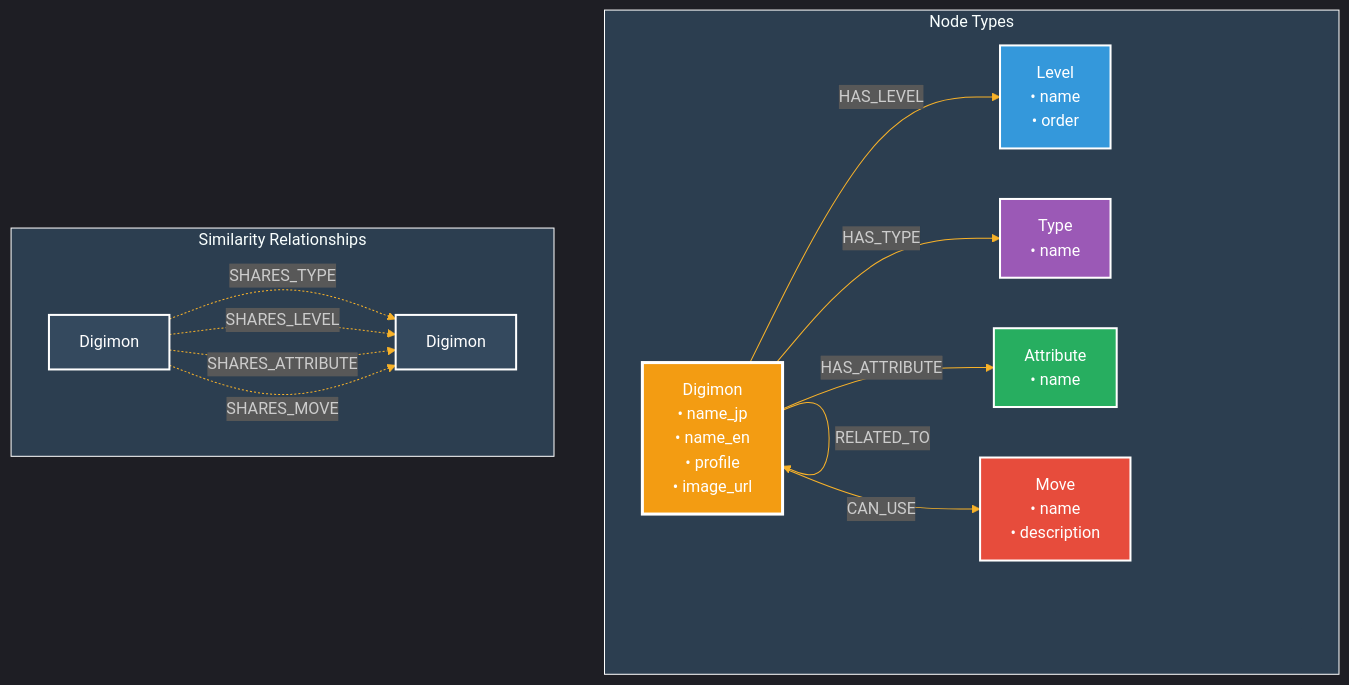
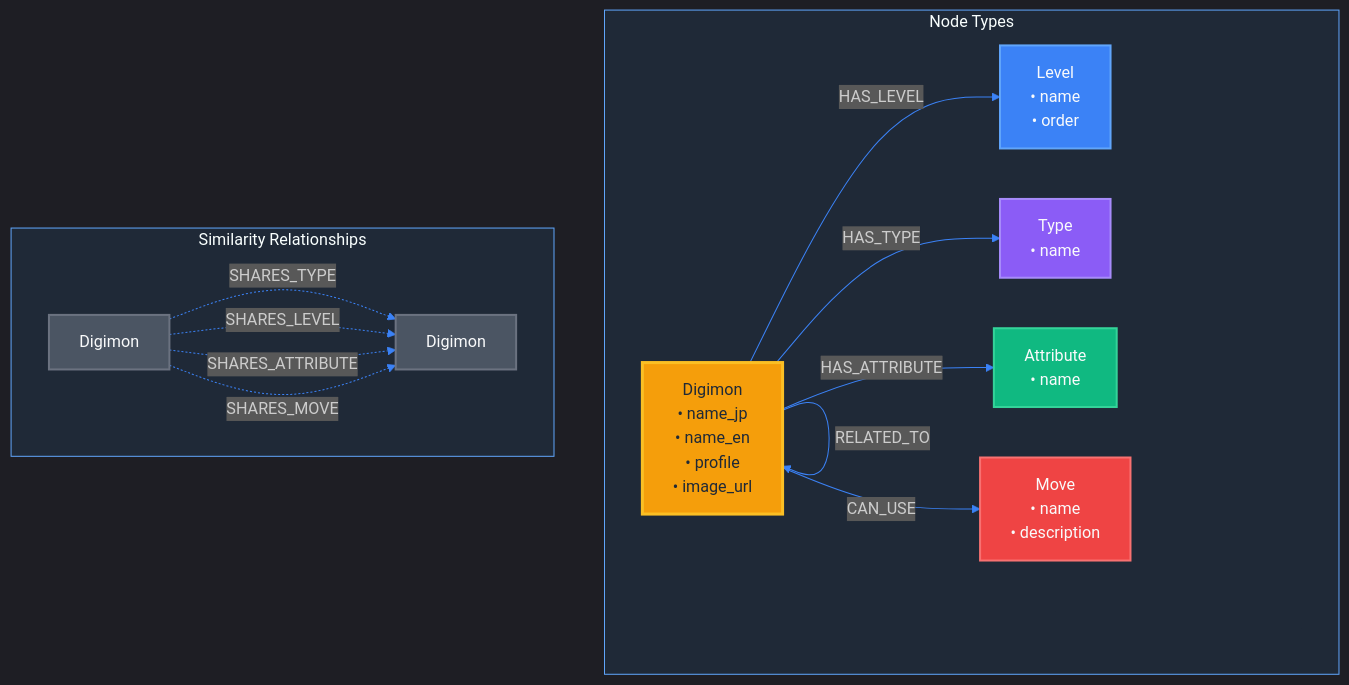
The fourth of 5 diagrams in CLAUDE.md (Ricoledan/digimon-knowledge-graph), drawn with Mermaid before and after one commit. The commit also changed other lines of this file, not shown here.

Commit message:
add diagrams

````diff
--- a/CLAUDE.md
+++ b/CLAUDE.md
@@ -327,38 +327,38 @@
 ```mermaid
-%%{init: {'theme':'dark', 'themeVariables': { 'primaryColor':'#1a1a1a', 'primaryTextColor':'#fff', 'primaryBorderColor':'#7C0000', 'lineColor':'#F8B229', 'secondaryColor':'#006100', 'tertiaryColor':'#2c3e50', 'background':'#1a1a1a', 'mainBkg':'#1a1a1a', 'secondBkg':'#2c3e50', 'tertiaryBkg':'#34495e', 'primaryBorderColor':'#fff', 'secondaryBorderColor':'#fff', 'tertiaryBorderColor':'#fff', 'clusterBkg':'#2c3e50', 'clusterBorder':'#fff', 'fontFamily':'monospace'}}}%%
+%%{init: {'theme':'dark', 'themeVariables': { 'primaryColor':'#1f2937', 'primaryTextColor':'#f9fafb', 'primaryBorderColor':'#60a5fa', 'lineColor':'#3b82f6', 'secondaryColor':'#059669', 'tertiaryColor':'#374151', 'background':'#111827', 'mainBkg':'#1f2937', 'secondBkg':'#374151', 'tertiaryBkg':'#4b5563', 'primaryBorderColor':'#60a5fa', 'secondaryBorderColor':'#10b981', 'tertiaryBorderColor':'#6366f1', 'clusterBkg':'#1f2937', 'clusterBorder':'#60a5fa', 'fontFamily':'monospace'}}}%%
 graph TD
     subgraph NT["Node Types"]
         D[Digimon<br/>• name_jp<br/>• name_en<br/>• profile<br/>• image_url]
         L[Level<br/>• name<br/>• order]
         T[Type<br/>• name]
         A[Attribute<br/>• name]
         M[Move<br/>• name<br/>• description]
     end
     
     D -->|HAS_LEVEL| L
     D -->|HAS_TYPE| T
     D -->|HAS_ATTRIBUTE| A
     D -->|CAN_USE| M
     D -->|RELATED_TO| D
     
     subgraph SR["Similarity Relationships"]
         D2[Digimon] -.->|SHARES_TYPE| D3[Digimon]
         D2 -.->|SHARES_LEVEL| D3
         D2 -.->|SHARES_ATTRIBUTE| D3
         D2 -.->|SHARES_MOVE| D3
     end
     
-    classDef digimon fill:#f39c12,stroke:#fff,stroke-width:3px,color:#fff
-    classDef level fill:#3498db,stroke:#fff,stroke-width:2px,color:#fff
-    classDef type fill:#9b59b6,stroke:#fff,stroke-width:2px,color:#fff
-    classDef attribute fill:#27ae60,stroke:#fff,stroke-width:2px,color:#fff
-    classDef move fill:#e74c3c,stroke:#fff,stroke-width:2px,color:#fff
-    classDef similarity fill:#34495e,stroke:#fff,stroke-width:2px,color:#fff
+    classDef digimon fill:#f59e0b,stroke:#fbbf24,stroke-width:3px,color:#1f2937
+    classDef level fill:#3b82f6,stroke:#60a5fa,stroke-width:2px,color:#f9fafb
+    classDef type fill:#8b5cf6,stroke:#a78bfa,stroke-width:2px,color:#f9fafb
+    classDef attribute fill:#10b981,stroke:#34d399,stroke-width:2px,color:#f9fafb
+    classDef move fill:#ef4444,stroke:#f87171,stroke-width:2px,color:#f9fafb
+    classDef similarity fill:#4b5563,stroke:#6b7280,stroke-width:2px,color:#f9fafb
     
     class D digimon
     class L level
     class T type
     class A attribute
     class M move
     class D2,D3 similarity
 ```
````
